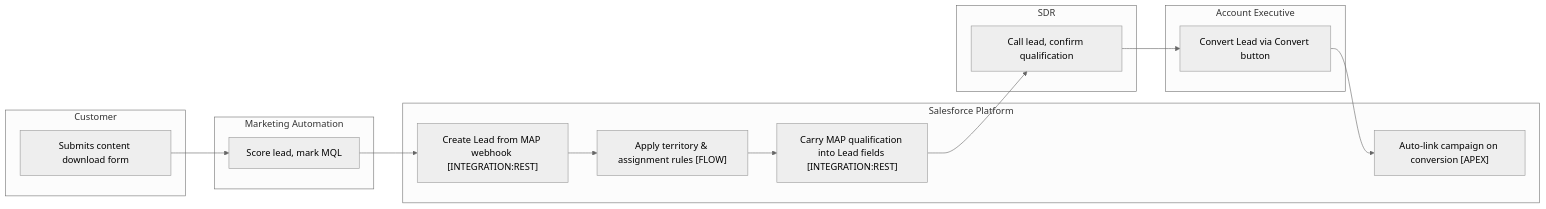
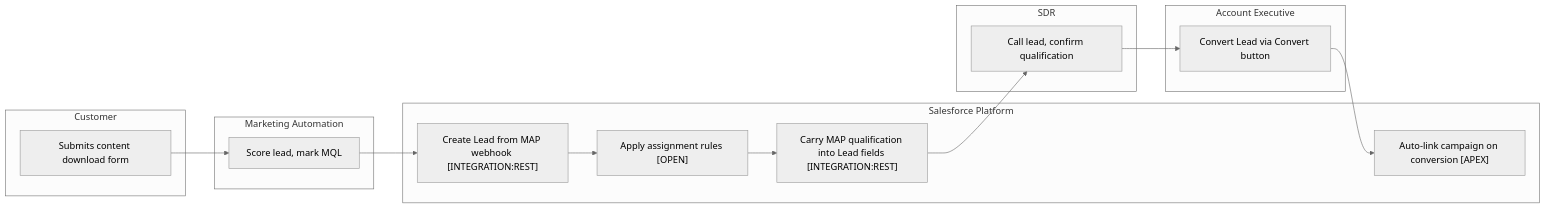
One commit to PranavNagrecha/AwesomeSalesforceSkills changed the second of 4 diagrams in skills/admin/process-flow-as-is-to-be/references/examples.md. Above: the diagram before and after it, drawn with Mermaid (neutral theme). The commit also changed other lines of this file and 45 other files, not shown here.

````diff
--- a/skills/admin/process-flow-as-is-to-be/references/examples.md
+++ b/skills/admin/process-flow-as-is-to-be/references/examples.md
@@ -38,22 +38,22 @@
 ```mermaid
 flowchart LR
   subgraph Customer
     C1[Submits content download form]
   end
   subgraph MAP[Marketing Automation]
     M1[Score lead, mark MQL]
   end
   subgraph SF[Salesforce Platform]
     P1["Create Lead from MAP webhook [INTEGRATION:REST]"]
-    P2["Apply territory & assignment rules [FLOW]"]
+    P2["Apply assignment rules [OPEN]"]
     P3["Carry MAP qualification into Lead fields [INTEGRATION:REST]"]
     P4["Auto-link campaign on conversion [APEX]"]
   end
   subgraph SDR[SDR]
     S1[Call lead, confirm qualification]
   end
   subgraph AE[Account Executive]
     A1[Convert Lead via Convert button]
   end
   C1 --> M1 --> P1 --> P2 --> P3 --> S1 --> A1 --> P4
 ```
````
